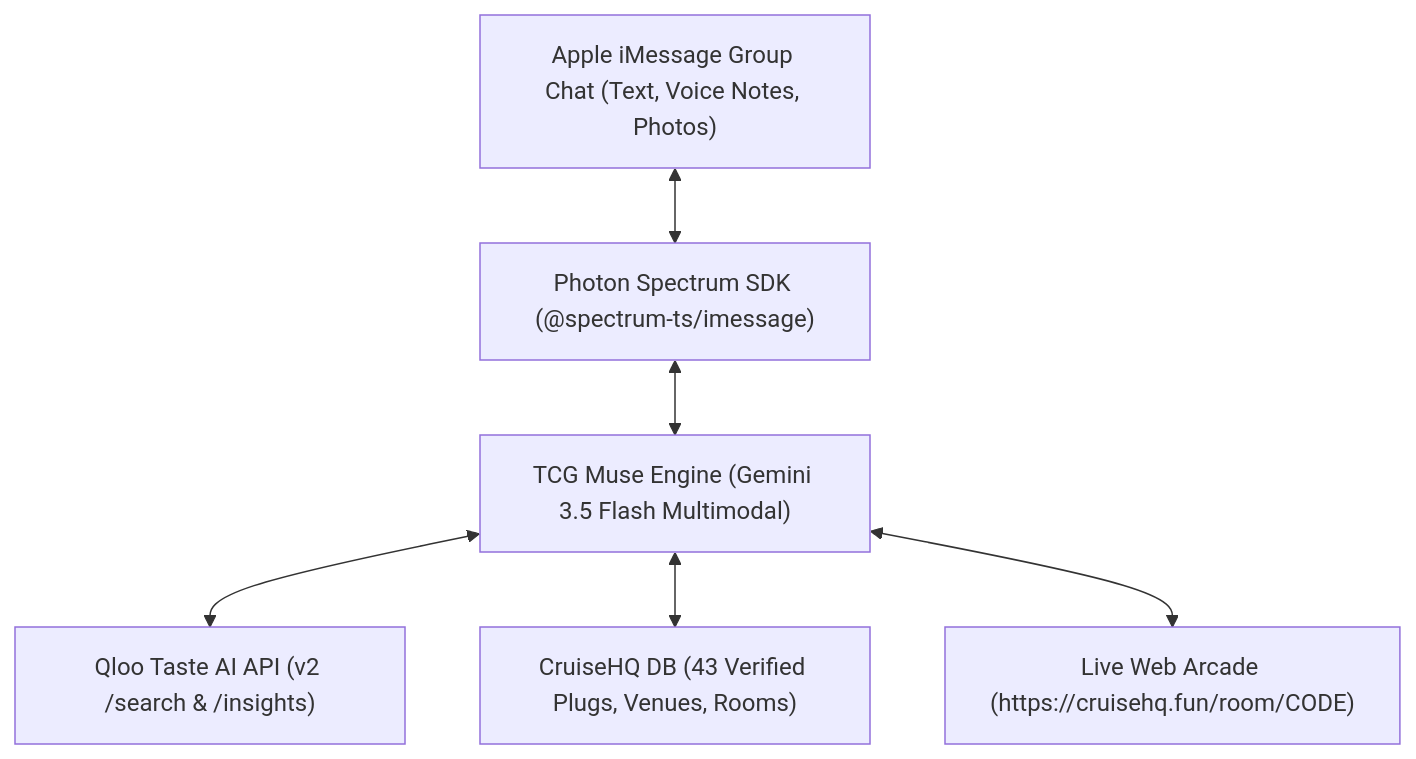
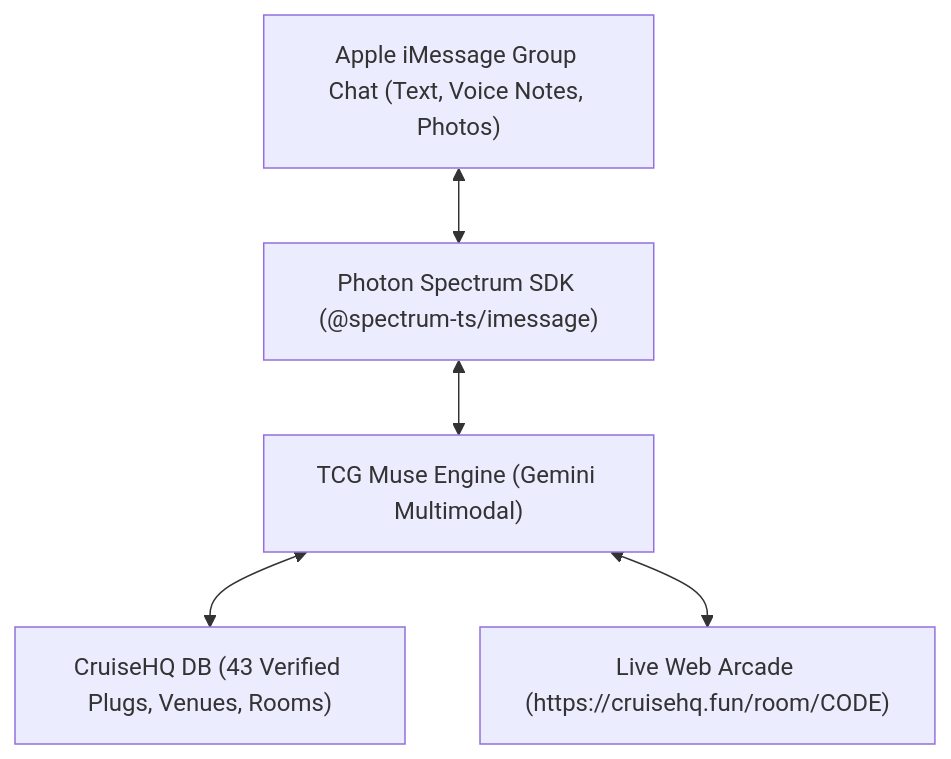
One commit to Kryptopacy/tcg-the-cruise-god changed the diagram in README.md. Above: the diagram before and after it, drawn with Mermaid. The commit also changed other lines of this file and 3 other files, not shown here.

Commit message:
refactor: decouple Qloo, streamline native Gemini + CruiseHQ tools for Photon Muse Hackathon

````diff
--- a/README.md
+++ b/README.md
@@ -67,8 +61,7 @@
 ```mermaid
 flowchart TD
     User["Apple iMessage Group Chat (Text, Voice Notes, Photos)"] <--> Spectrum["Photon Spectrum SDK (@spectrum-ts/imessage)"]
-    Spectrum <--> TCG["TCG Muse Engine (Gemini 3.5 Flash Multimodal)"]
-    TCG <--> Qloo["Qloo Taste AI API (v2 /search & /insights)"]
+    Spectrum <--> TCG["TCG Muse Engine (Gemini Multimodal)"]
     TCG <--> CruiseHQ["CruiseHQ DB (43 Verified Plugs, Venues, Rooms)"]
     TCG <--> Rooms["Live Web Arcade (https://cruisehq.fun/room/CODE)"]
 ```
````
